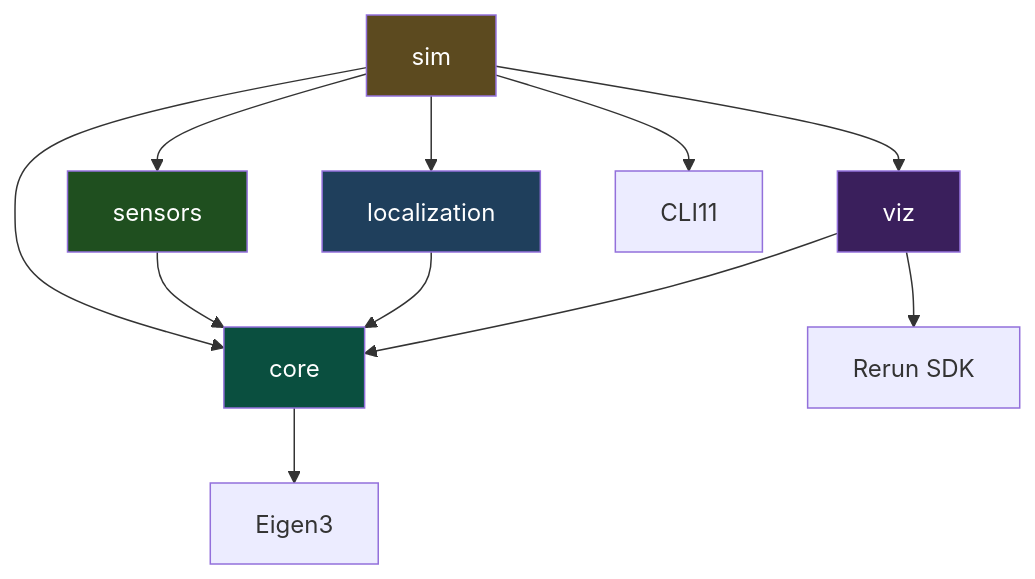
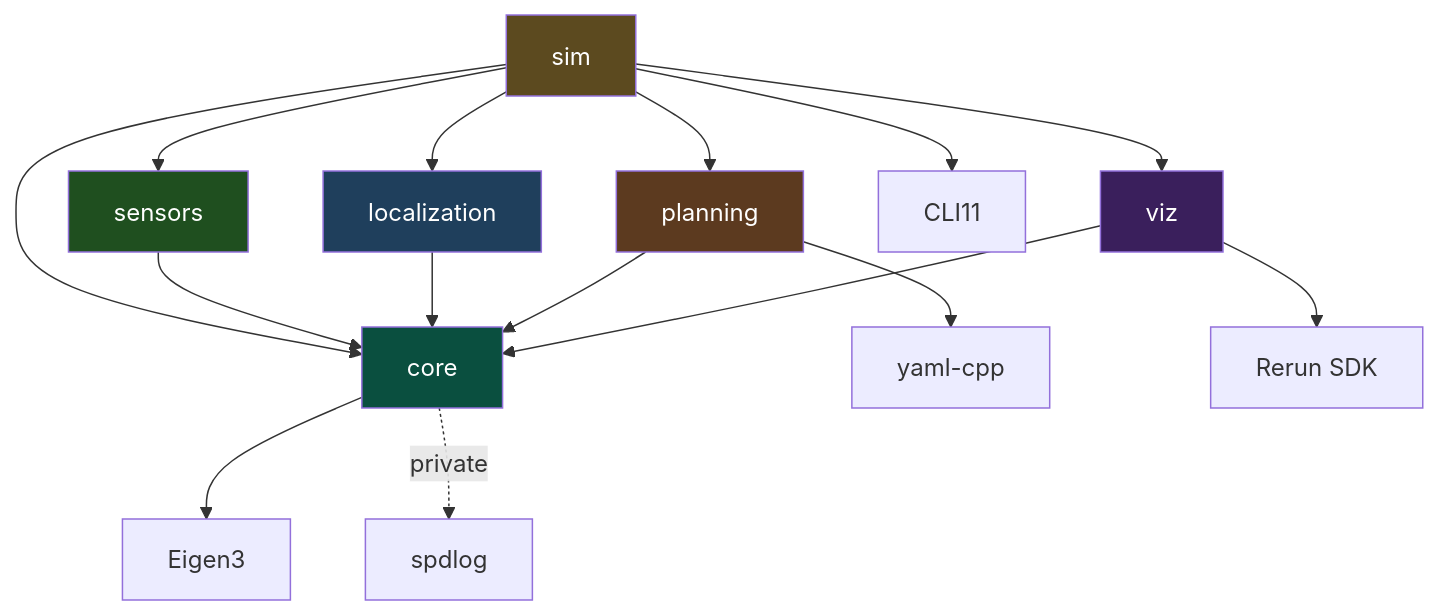
One commit to xinlei-robotics/MiniNav changed the diagram in README.md. Above: the diagram before and after it, drawn with Mermaid. The commit also changed other lines of this file and 10 other files, not shown here.

````diff
--- a/README.md
+++ b/README.md
@@ -270,20 +239,25 @@
 ```mermaid
 graph TD
     sim[sim] --> core[core]
     sim --> sensors[sensors]
     sim --> localization[localization]
+    sim --> planning[planning]
     sim --> viz[viz]
     sim --> cli11[CLI11]
 
     sensors --> core
     localization --> core
+    planning --> core
+    planning --> yamlcpp[yaml-cpp]
     viz --> core
     viz --> rerun[Rerun SDK]
     core --> eigen[Eigen3]
+    core -.->|private| spdlog[spdlog]
 
     style core fill:#0a4f3f,color:#fff
     style sensors fill:#1f4f1f,color:#fff
     style localization fill:#1f3f5c,color:#fff
+    style planning fill:#5c3a1f,color:#fff
     style viz fill:#3a1f5c,color:#fff
     style sim fill:#5c4a1f,color:#fff
 ```
````
